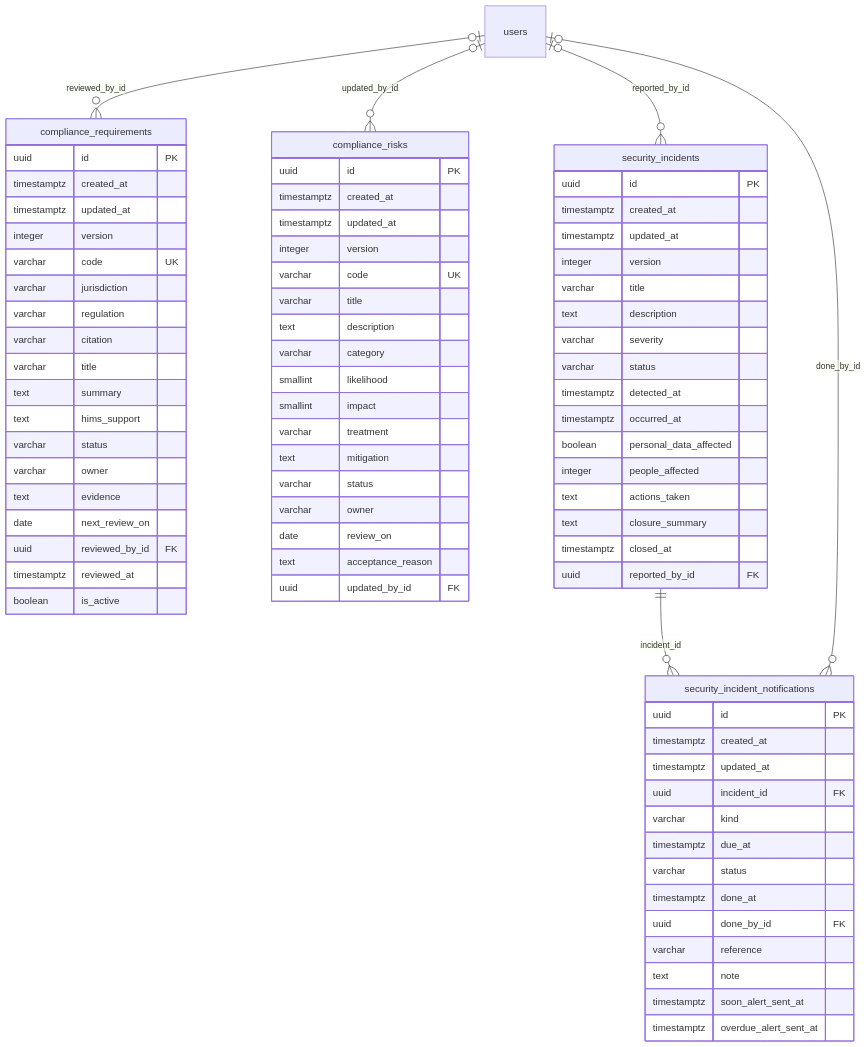
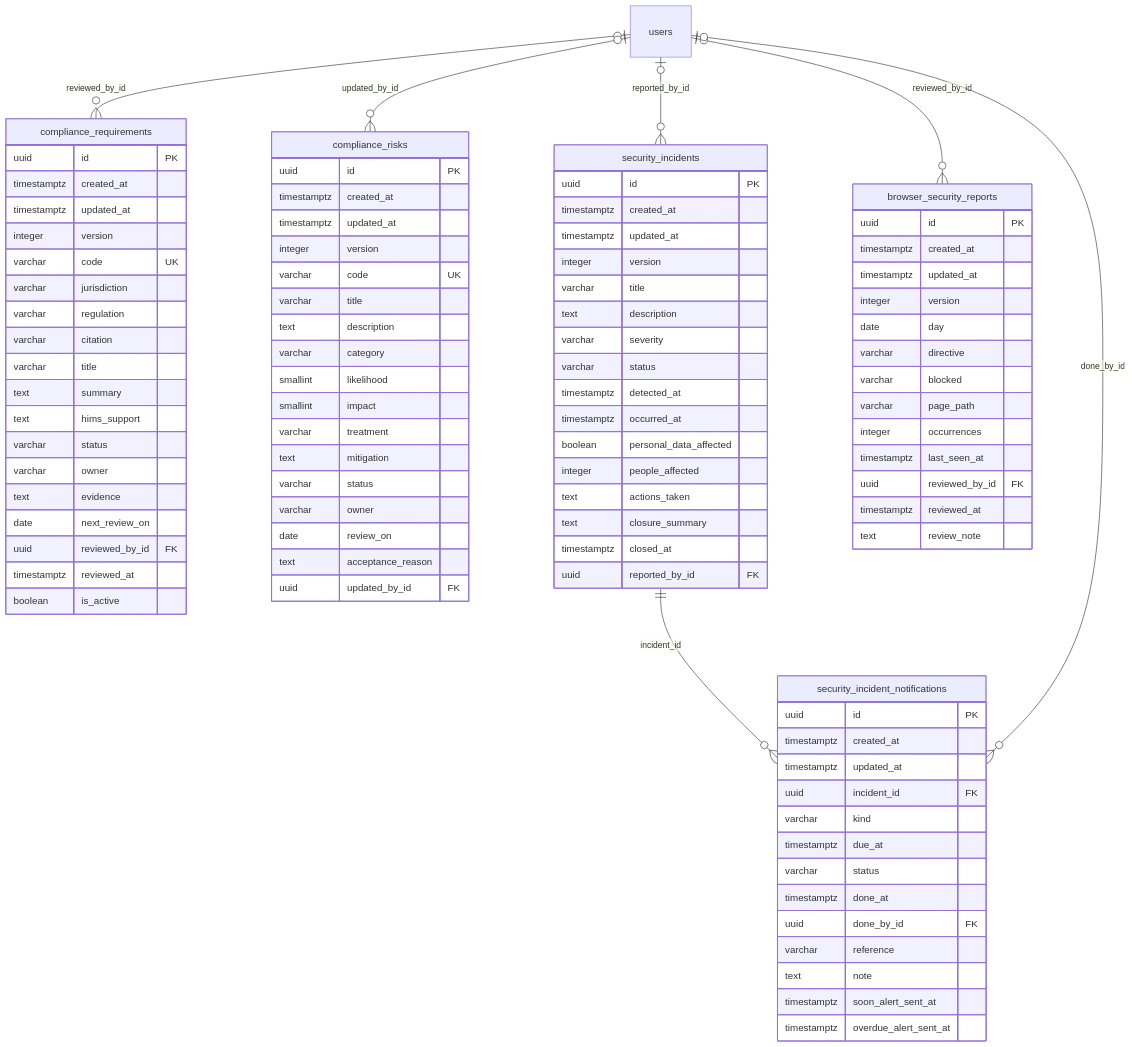
Diagram 11 of 14 in docs/architecture/data-architecture/erd.md (vijayant-pandey/HIMS_Advanced), drawn with Mermaid before and after one commit. The commit also changed other lines of this file and 48 other files, not shown here.

Commit message:
HIMS-SEC-012, HIMS-SEC-014: browser protection headers with block reports; real client addresses; sign-in limit can no longer be bypassed (#32)

````diff
--- a/docs/architecture/data-architecture/erd.md
+++ b/docs/architecture/data-architecture/erd.md
@@ -881,6 +883,21 @@
         timestamptz closed_at
         uuid reported_by_id FK
     }
+    browser_security_reports {
+        uuid id PK
+        timestamptz created_at
+        timestamptz updated_at
+        integer version
+        date day
+        varchar directive
+        varchar blocked
+        varchar page_path
+        integer occurrences
+        timestamptz last_seen_at
+        uuid reviewed_by_id FK
+        timestamptz reviewed_at
+        text review_note
+    }
     security_incident_notifications {
         uuid id PK
         timestamptz created_at
@@ -900,6 +917,7 @@
     users |o--o{ compliance_requirements : "reviewed_by_id"
     users |o--o{ compliance_risks : "updated_by_id"
     users |o--o{ security_incidents : "reported_by_id"
+    users |o--o{ browser_security_reports : "reviewed_by_id"
     security_incidents ||--o{ security_incident_notifications : "incident_id"
     users |o--o{ security_incident_notifications : "done_by_id"
 ```
````
